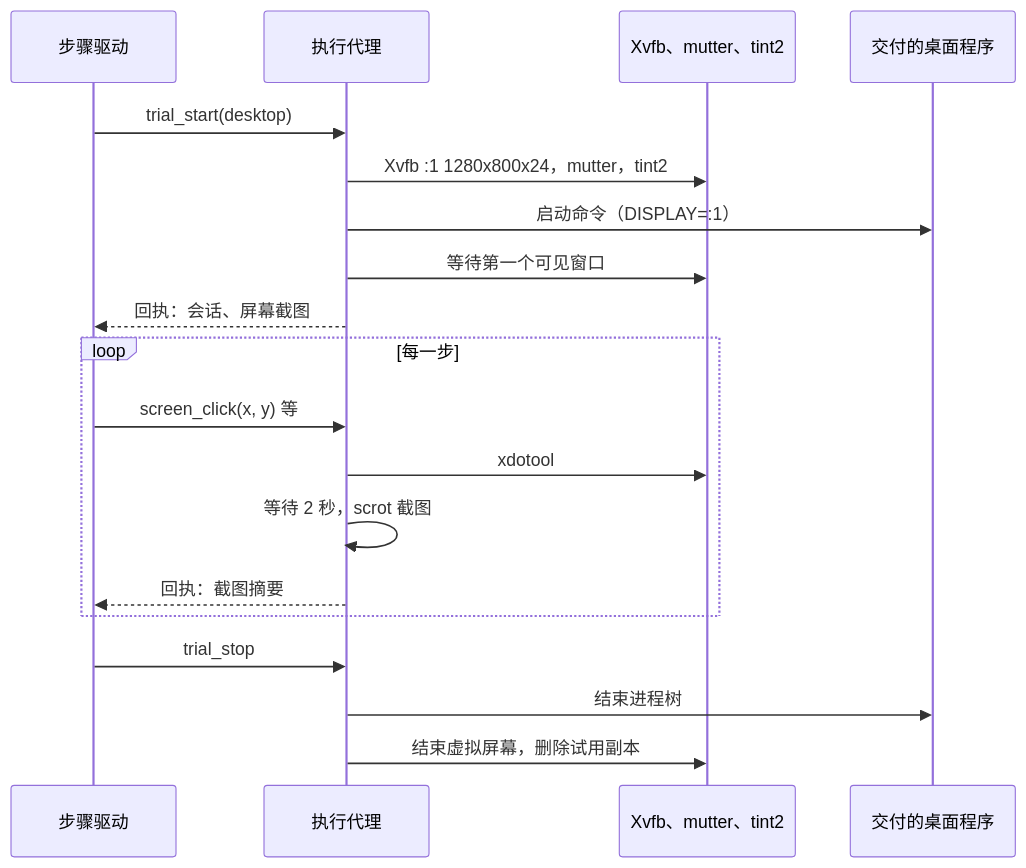
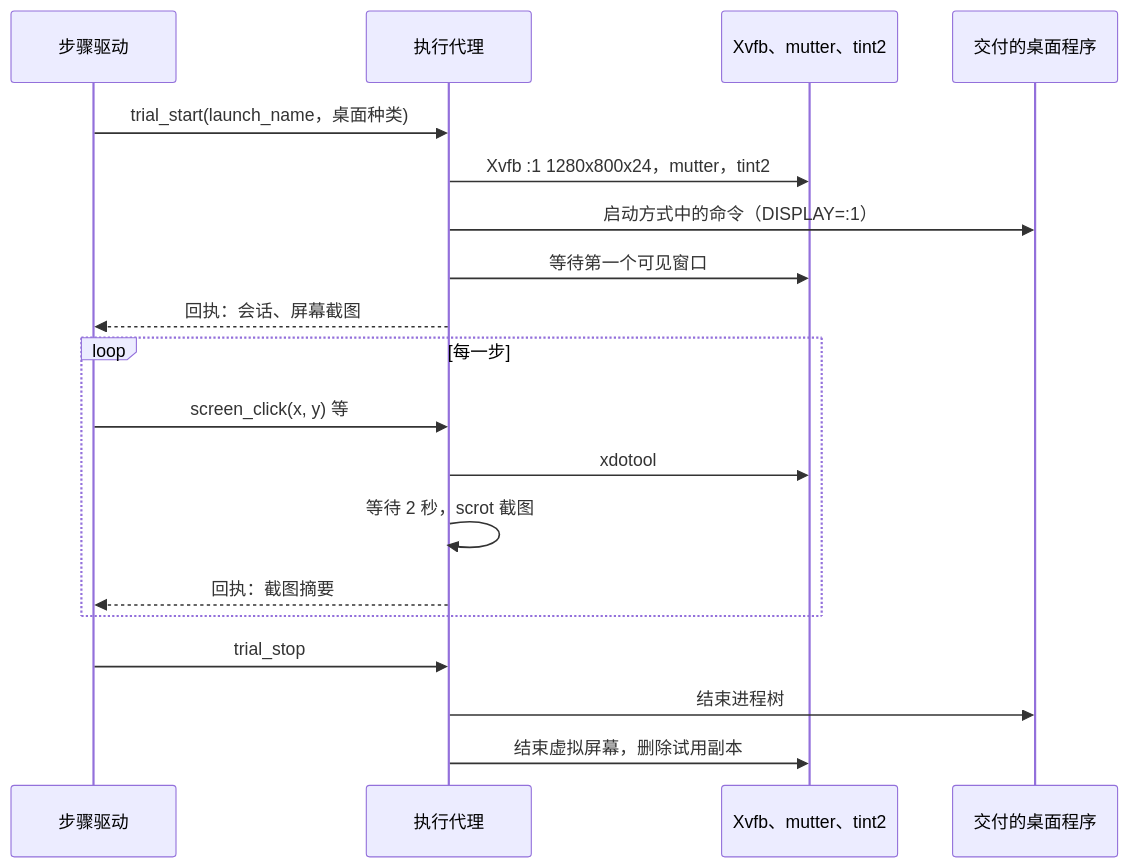
The fourth of 5 diagrams in docs/design/browser-and-computer-use.md (bender2333/yudao), drawn with Mermaid before and after one commit. The commit also changed other lines of this file and 17 other files, not shown here.

````diff
--- a/docs/design/browser-and-computer-use.md
+++ b/docs/design/browser-and-computer-use.md
@@ -446,21 +459,21 @@
 ```mermaid
 sequenceDiagram
   participant S as 步骤驱动
   participant A as 执行代理
   participant X as Xvfb、mutter、tint2
   participant G as 交付的桌面程序
-  S->>A: trial_start(desktop)
+  S->>A: trial_start(launch_name，桌面种类)
   A->>X: Xvfb :1 1280x800x24，mutter，tint2
-  A->>G: 启动命令（DISPLAY=:1）
+  A->>G: 启动方式中的命令（DISPLAY=:1）
   A->>X: 等待第一个可见窗口
   A-->>S: 回执：会话、屏幕截图
   loop 每一步
     S->>A: screen_click(x, y) 等
     A->>X: xdotool
     A->>A: 等待 2 秒，scrot 截图
     A-->>S: 回执：截图摘要
   end
   S->>A: trial_stop
   A->>G: 结束进程树
   A->>X: 结束虚拟屏幕，删除试用副本
 ```
````
